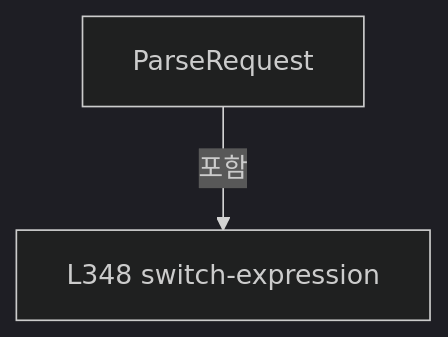
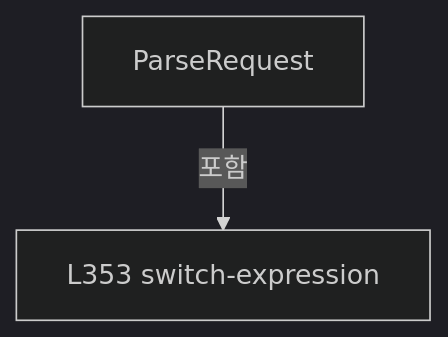
One commit to kjuws10-rgb/Shared changed diagram 11 of 40 in A3 LD Code Ref/files/Drilling.Common/Interface/Vision/CVisionComm.cs.md. Above: the diagram before and after it, drawn with Mermaid (dark theme). The commit also changed other lines of this file and 2071 other files, not shown here.

Commit message:
docs(a3): update 11.19.0 architecture and code reference

````diff
--- a/A3 LD Code Ref/files/Drilling.Common/Interface/Vision/CVisionComm.cs.md
+++ b/A3 LD Code Ref/files/Drilling.Common/Interface/Vision/CVisionComm.cs.md
@@ -1497,6 +1497,6 @@
 ```mermaid
 flowchart TD
  M["ParseRequest"]
- N0["L348 switch-expression"]
+ N0["L353 switch-expression"]
  M -->|포함| N0
 ```
````
